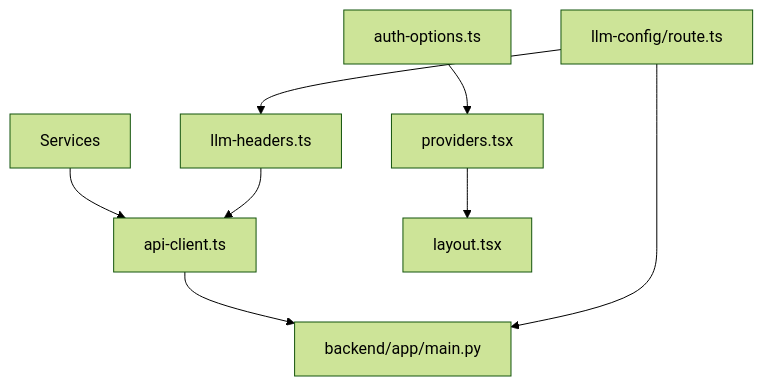
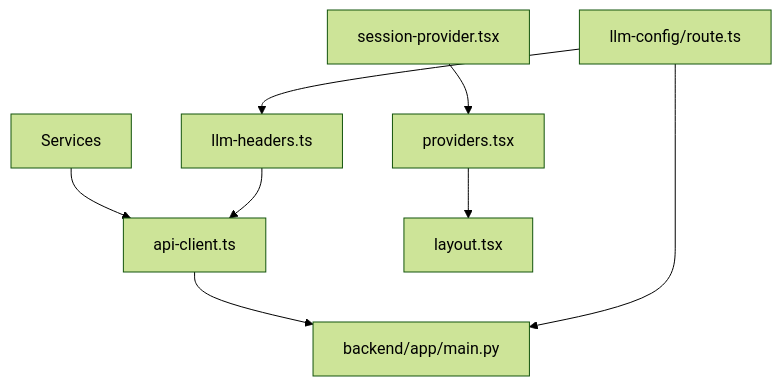
Before and after one commit to tashifkhan/tashif.codes: the ninth of 9 diagrams in src/data/docs/talentsync/API Client Libraries.md, drawn with Mermaid (forest theme). The commit also changed other lines of this file and 2128 other files, not shown here.

First line of the commit message:
docs: replace raster diagram images with native Mermaid across project guides

````diff
--- a/src/data/docs/talentsync/API Client Libraries.md
+++ b/src/data/docs/talentsync/API Client Libraries.md
@@ -295,10 +294,10 @@
 ```mermaid
 graph TB
 SVC["Services"] --> AC["api-client.ts"]
 LH["llm-headers.ts"] --> AC
-AUTH["auth-options.ts"] --> PR["providers.tsx"]
+AUTH["session-provider.tsx"] --> PR["providers.tsx"]
 PR --> LT["layout.tsx"]
 LR["llm-config/route.ts"] --> LH
 AC --> BE["backend/app/main.py"]
 LR --> BE
 ```
````
